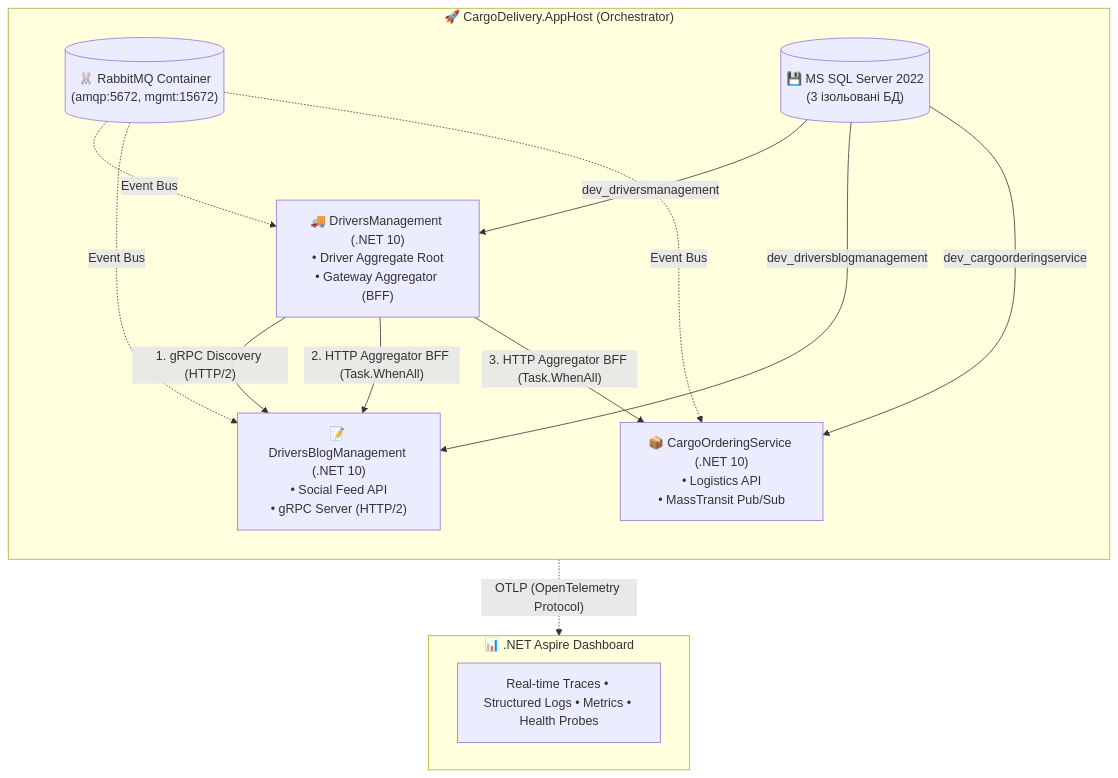
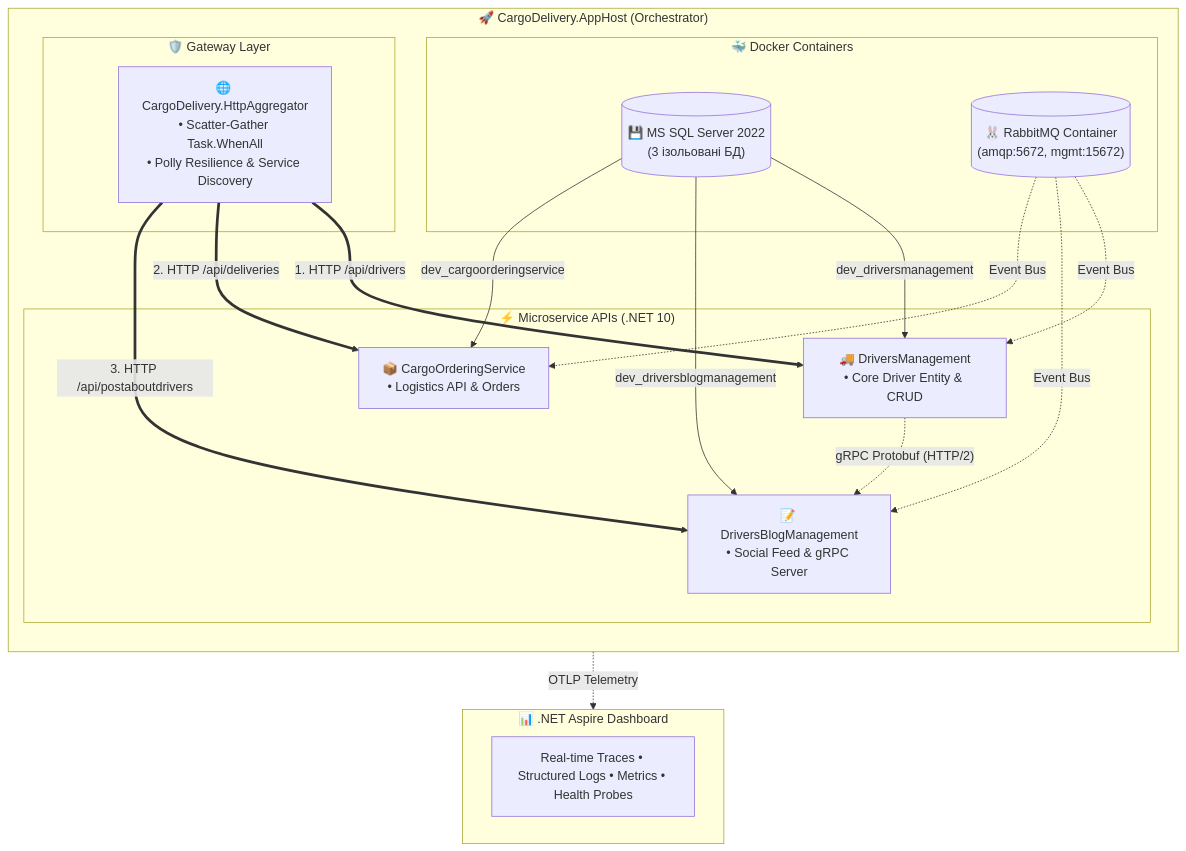
The diagram in 02-Microservices-Craftsman/02-01-Aspire-Documentation/README.md (MrTomkaYurii/Demo-CargoDeliveryService), drawn with Mermaid before and after one commit. The commit also changed other lines of this file and 7 other files, not shown here.

Commit message:
docs(aspire): add 6 modular deep-dive guides for Aspire orchestration, ServiceDefaults, HttpAggregator, tracing, health checks, and Polly resilience

````diff
--- a/02-Microservices-Craftsman/02-01-Aspire-Documentation/README.md
+++ b/02-Microservices-Craftsman/02-01-Aspire-Documentation/README.md
@@ -17,30 +25,39 @@
 ```mermaid
-flowchart TD
+flowchart TB
     subgraph Dashboard ["📊 .NET Aspire Dashboard"]
         D_UI["Real-time Traces • Structured Logs • Metrics • Health Probes"]
     end
 
     subgraph AppHost ["🚀 CargoDelivery.AppHost (Orchestrator)"]
         direction TB
-        RMQ[("🐰 RabbitMQ Container<br/>(amqp:5672, mgmt:15672)")]
-        SQL[("💾 MS SQL Server 2022<br/>(3 ізольовані БД)")]
+
+        subgraph Infra ["🐳 Docker Containers"]
+            RMQ[("🐰 RabbitMQ Container<br/>(amqp:5672, mgmt:15672)")]
+            SQL[("💾 MS SQL Server 2022<br/>(3 ізольовані БД)")]
+        end
         
-        DM["🚚 DriversManagement (.NET 10)<br/>• Driver Aggregate Root<br/>• Gateway Aggregator (BFF)"]
-        DB["📝 DriversBlogManagement (.NET 10)<br/>• Social Feed API<br/>• gRPC Server (HTTP/2)"]
-        CO["📦 CargoOrderingService (.NET 10)<br/>• Logistics API<br/>• MassTransit Pub/Sub"]
+        subgraph Services ["⚡ Microservice APIs (.NET 10)"]
+            DM["🚚 DriversManagement<br/>• Core Driver Entity & CRUD"]
+            DB["📝 DriversBlogManagement<br/>• Social Feed & gRPC Server"]
+            CO["📦 CargoOrderingService<br/>• Logistics API & Orders"]
+        end
+
+        subgraph Gateway ["🛡️ Gateway Layer"]
+            AGG["🌐 CargoDelivery.HttpAggregator<br/>• Scatter-Gather Task.WhenAll<br/>• Polly Resilience & Service Discovery"]
+        end
 
         SQL -->|dev_driversmanagement| DM
         SQL -->|dev_driversblogmanagement| DB
         SQL -->|dev_cargoorderingservice| CO
 
-        RMQ -.->|Event Bus| DM
-        RMQ -.->|Event Bus| DB
-        RMQ -.->|Event Bus| CO
+        RMQ -.->|Event Bus| DM & DB & CO
 
-        DM -- "1. gRPC Discovery (HTTP/2)" --> DB
-        DM -- "2. HTTP Aggregator BFF (Task.WhenAll)" --> DB
-        DM -- "3. HTTP Aggregator BFF (Task.WhenAll)" --> CO
+        AGG ==>|1. HTTP /api/drivers| DM
+        AGG ==>|2. HTTP /api/deliveries| CO
+        AGG ==>|3. HTTP /api/postaboutdrivers| DB
+
+        DM -.->|"gRPC Protobuf (HTTP/2)"| DB
     end
 
-    AppHost -. "OTLP (OpenTelemetry Protocol)" .-> Dashboard
+    AppHost -.->|OTLP Telemetry| Dashboard
 ```
````
